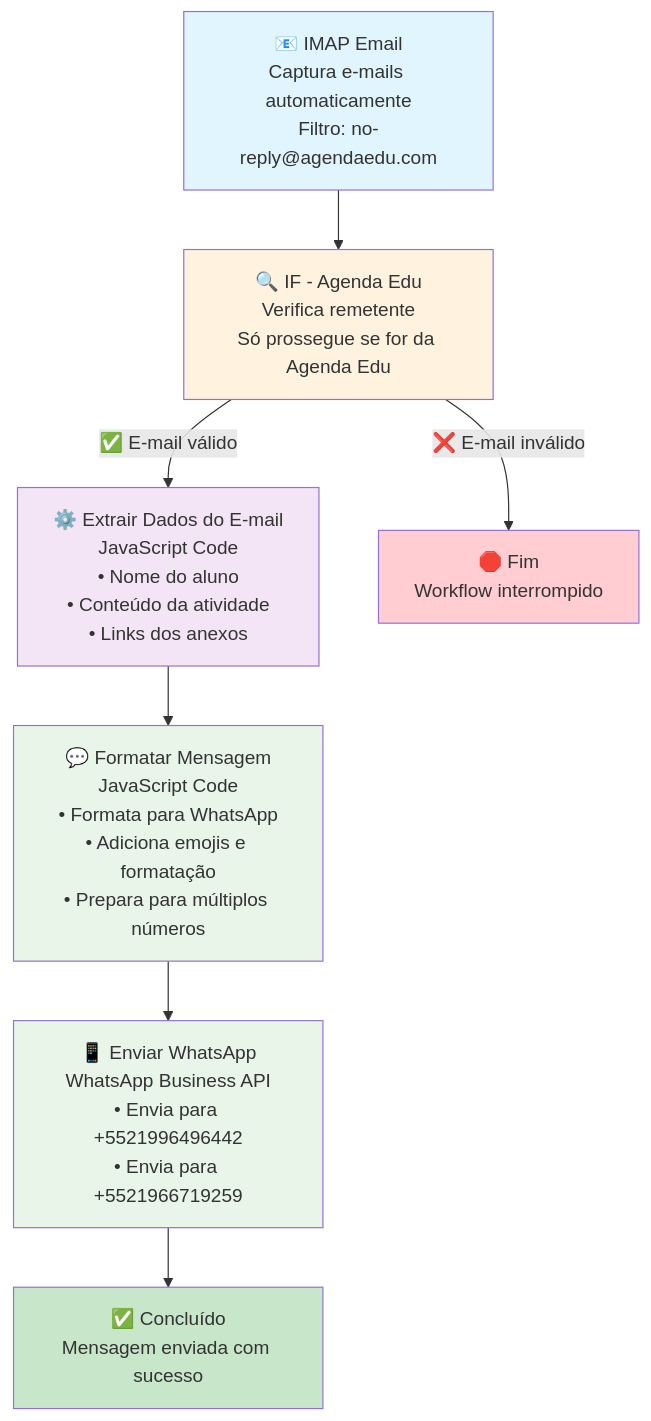
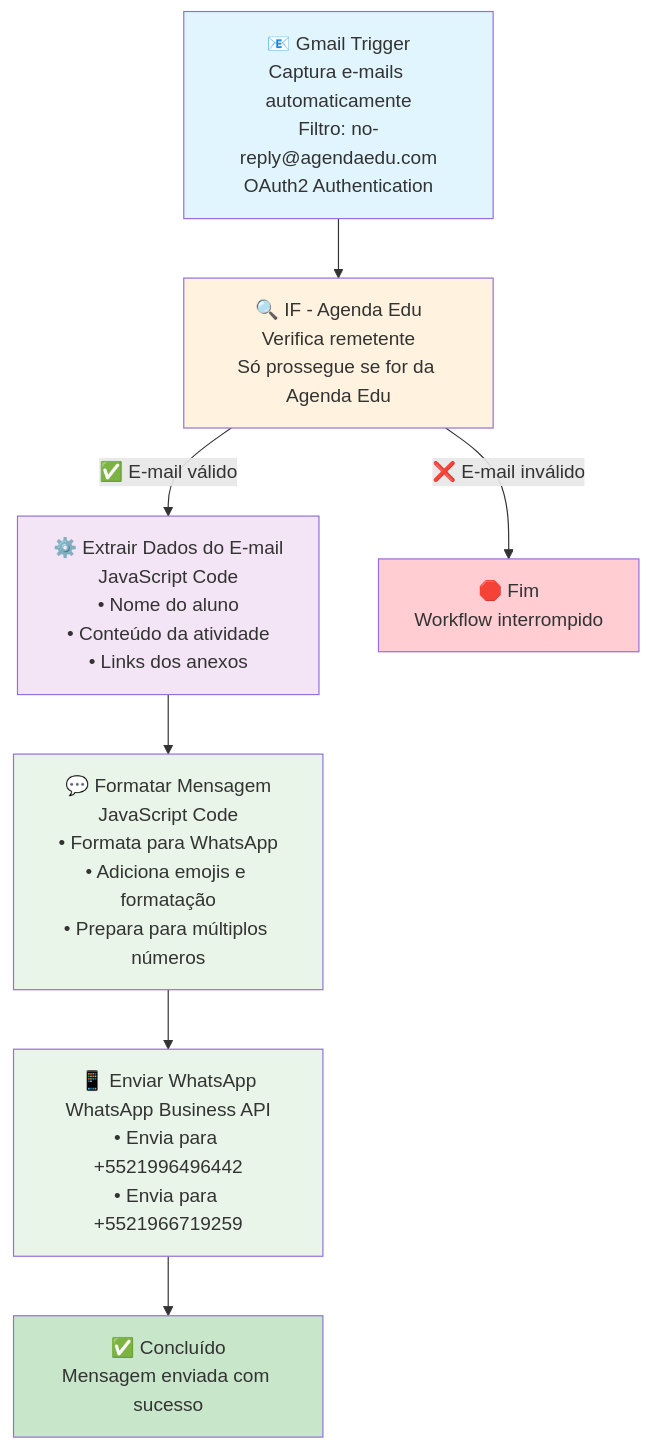
The first of 2 diagrams in workflow-diagram.md (lacerdajonathan-code/n8n-mcp), drawn with Mermaid before and after one commit. The commit also changed other lines of this file and 8 other files, not shown here.

Commit message:
feat: Migrate to Gmail OAuth2 for email integration

````diff
--- a/workflow-diagram.md
+++ b/workflow-diagram.md
@@ -5,22 +5,22 @@
 ```mermaid
 graph TD
-    A["📧 IMAP Email<br/>Captura e-mails automaticamente<br/>Filtro: no-reply@agendaedu.com"] --> B["🔍 IF - Agenda Edu<br/>Verifica remetente<br/>Só prossegue se for da Agenda Edu"]
+    A["📧 Gmail Trigger<br/>Captura e-mails automaticamente<br/>Filtro: no-reply@agendaedu.com<br/>OAuth2 Authentication"] --> B["🔍 IF - Agenda Edu<br/>Verifica remetente<br/>Só prossegue se for da Agenda Edu"]
     
     B -->|"✅ E-mail válido"| C["⚙️ Extrair Dados do E-mail<br/>JavaScript Code<br/>• Nome do aluno<br/>• Conteúdo da atividade<br/>• Links dos anexos"]
     
     B -->|"❌ E-mail inválido"| Z["🛑 Fim<br/>Workflow interrompido"]
     
     C --> D["💬 Formatar Mensagem<br/>JavaScript Code<br/>• Formata para WhatsApp<br/>• Adiciona emojis e formatação<br/>• Prepara para múltiplos números"]
     
     D --> E["📱 Enviar WhatsApp<br/>WhatsApp Business API<br/>• Envia para +5521996496442<br/>• Envia para +5521966719259"]
     
     E --> F["✅ Concluído<br/>Mensagem enviada com sucesso"]
     
     style A fill:#e1f5fe
     style B fill:#fff3e0
     style C fill:#f3e5f5
     style D fill:#e8f5e8
     style E fill:#e8f5e8
     style F fill:#c8e6c9
     style Z fill:#ffcdd2
 ```
````
